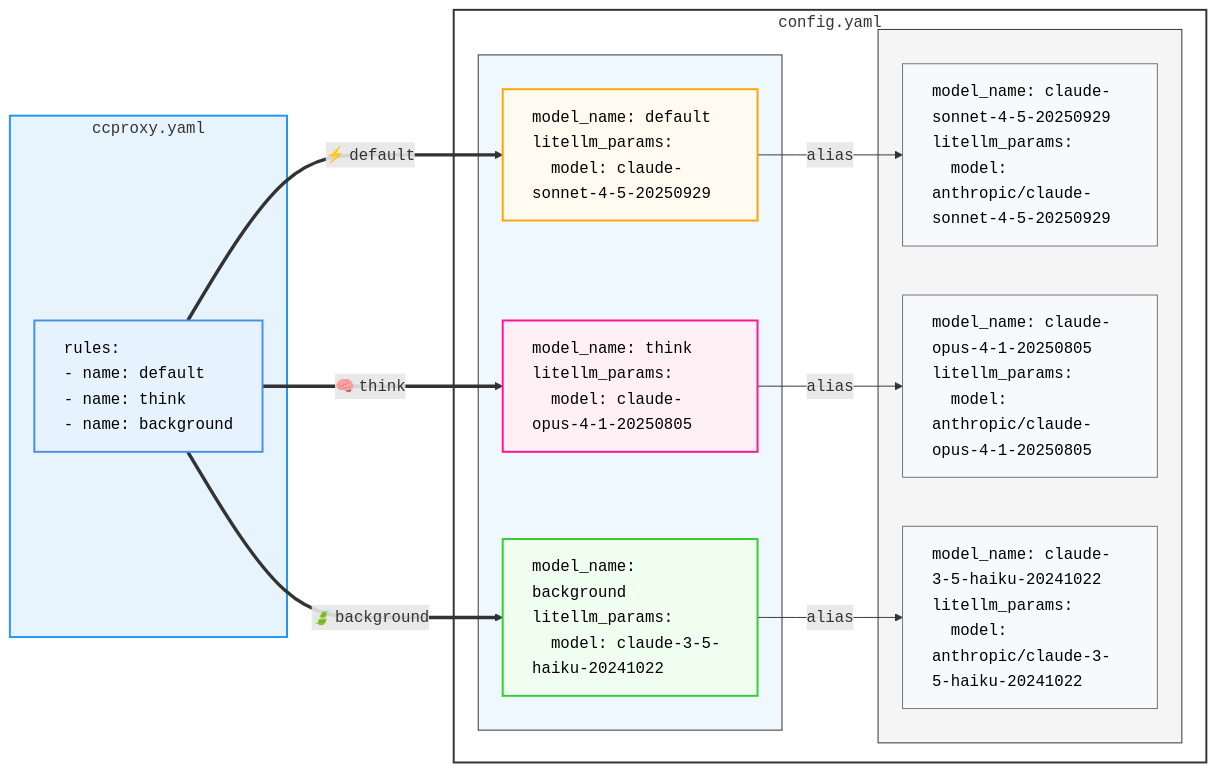
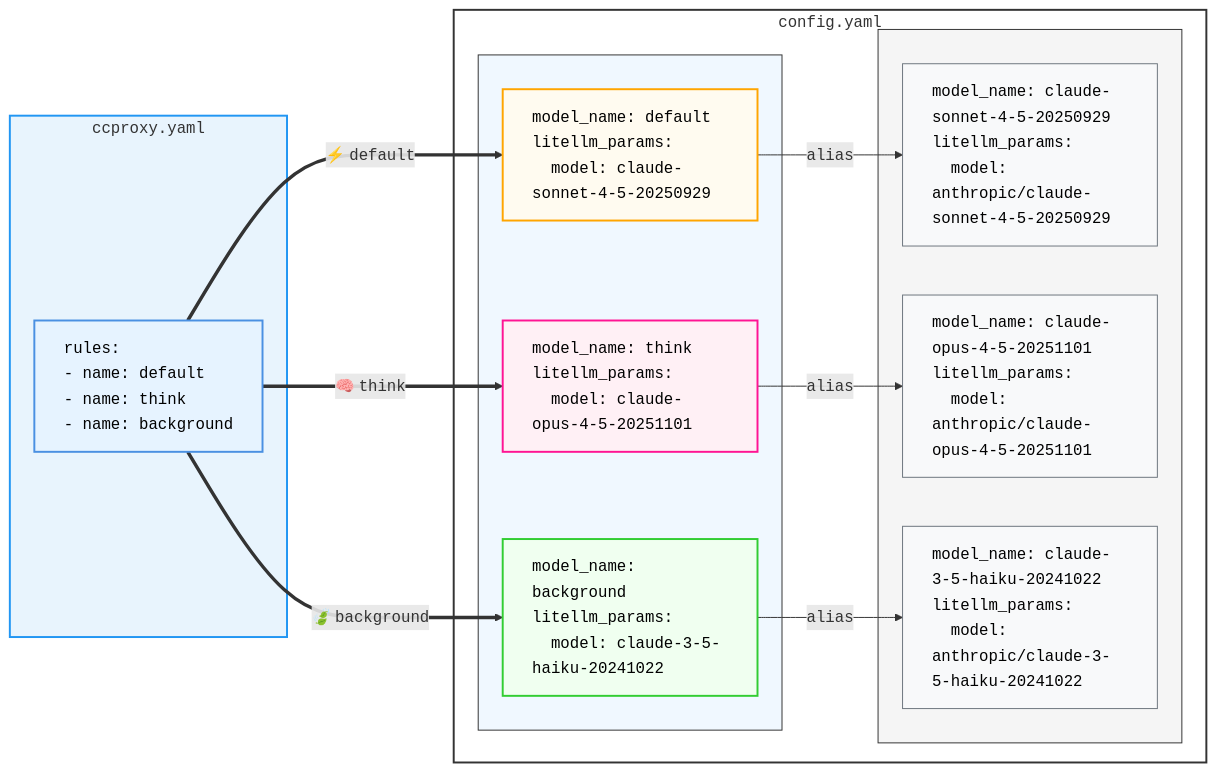
The diagram in README.md (starbased-co/ccproxy), drawn with Mermaid before and after one commit. The commit also changed other lines of this file and 7 other files, not shown here.

First line of the commit message:
chore: update Opus model references to 4.5

````diff
--- a/README.md
+++ b/README.md
@@ -150,43 +150,43 @@
 ```mermaid
 graph LR
     subgraph ccproxy_yaml["<code>ccproxy.yaml</code>"]
         R1["<div style='text-align:left'><code>rules:</code><br/><code>- name: default</code><br/><code>- name: think</code><br/><code>- name: background</code></div>"]
     end
 
     subgraph config_yaml["<code>config.yaml</code>"]
         subgraph aliases[" "]
             A1["<div style='text-align:left'><code>model_name: default</code><br/><code>litellm_params:</code><br/><code>&nbsp;&nbsp;model: claude-sonnet-4-5-20250929</code></div>"]
-            A2["<div style='text-align:left'><code>model_name: think</code><br/><code>litellm_params:</code><br/><code>&nbsp;&nbsp;model: claude-opus-4-1-20250805</code></div>"]
+            A2["<div style='text-align:left'><code>model_name: think</code><br/><code>litellm_params:</code><br/><code>&nbsp;&nbsp;model: claude-opus-4-5-20251101</code></div>"]
             A3["<div style='text-align:left'><code>model_name: background</code><br/><code>litellm_params:</code><br/><code>&nbsp;&nbsp;model: claude-3-5-haiku-20241022</code></div>"]
         end
 
         subgraph models[" "]
             M1["<div style='text-align:left'><code>model_name: claude-sonnet-4-5-20250929</code><br/><code>litellm_params:</code><br/><code>&nbsp;&nbsp;model: anthropic/claude-sonnet-4-5-20250929</code></div>"]
-            M2["<div style='text-align:left'><code>model_name: claude-opus-4-1-20250805</code><br/><code>litellm_params:</code><br/><code>&nbsp;&nbsp;model: anthropic/claude-opus-4-1-20250805</code></div>"]
+            M2["<div style='text-align:left'><code>model_name: claude-opus-4-5-20251101</code><br/><code>litellm_params:</code><br/><code>&nbsp;&nbsp;model: anthropic/claude-opus-4-5-20251101</code></div>"]
             M3["<div style='text-align:left'><code>model_name: claude-3-5-haiku-20241022</code><br/><code>litellm_params:</code><br/><code>&nbsp;&nbsp;model: anthropic/claude-3-5-haiku-20241022</code></div>"]
         end
     end
 
     R1 ==>|"⚡ <code>default</code>"| A1
     R1 ==>|"🧠 <code>think</code>"| A2
     R1 ==>|"🍃 <code>background</code>"| A3
 
     A1 -->|"<code>alias</code>"| M1
     A2 -->|"<code>alias</code>"| M2
     A3 -->|"<code>alias</code>"| M3
 
     style R1 fill:#e6f3ff,stroke:#4a90e2,stroke-width:2px,color:#000
 
     style A1 fill:#fffbf0,stroke:#ffa500,stroke-width:2px,color:#000
     style A2 fill:#fff0f5,stroke:#ff1493,stroke-width:2px,color:#000
     style A3 fill:#f0fff0,stroke:#32cd32,stroke-width:2px,color:#000
 
     style M1 fill:#f8f9fa,stroke:#6c757d,stroke-width:1px,color:#000
     style M2 fill:#f8f9fa,stroke:#6c757d,stroke-width:1px,color:#000
     style M3 fill:#f8f9fa,stroke:#6c757d,stroke-width:1px,color:#000
 
     style aliases fill:#f0f8ff,stroke:#333,stroke-width:1px
     style models fill:#f5f5f5,stroke:#333,stroke-width:1px
     style ccproxy_yaml fill:#e8f4fd,stroke:#2196F3,stroke-width:2px
     style config_yaml fill:#ffffff,stroke:#333,stroke-width:2px
 ```
````
